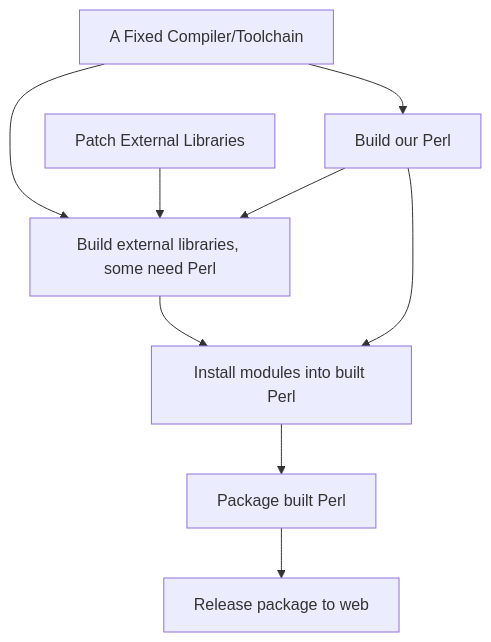
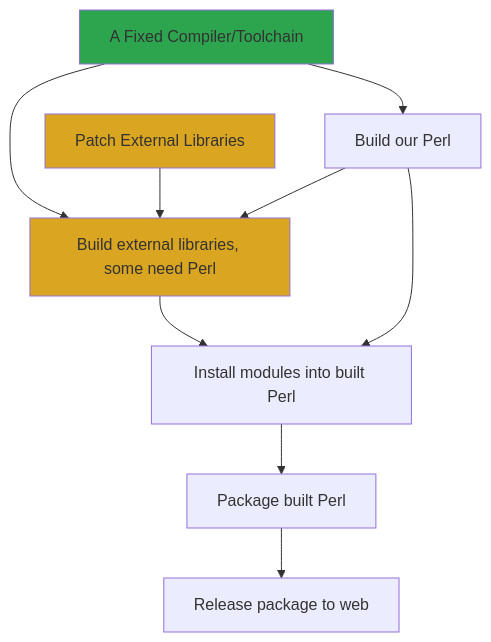
One commit to StrawberryPerl/spbuild changed the diagram in README.md. Above: the diagram before and after it, drawn with Mermaid.

Commit message:
Update README
show progress by coloring the graph for how things work

````diff
--- a/README.md
+++ b/README.md
@@ -68,11 +68,14 @@
 ```mermaid
   graph TD;
       A[A Fixed Compiler/Toolchain]-->B[Build external libraries, some need Perl];
       E[Patch External Libraries]-->B;
       A-->C[Build our Perl];
       C-->B;
       B-->D[Install modules into built Perl];
       C-->D;
       D-->F[Package built Perl];
       F-->G[Release package to web];
+style A fill:#2da44e
+style B fill:#DAA520
+style E fill:#DAA520
 ```
````
